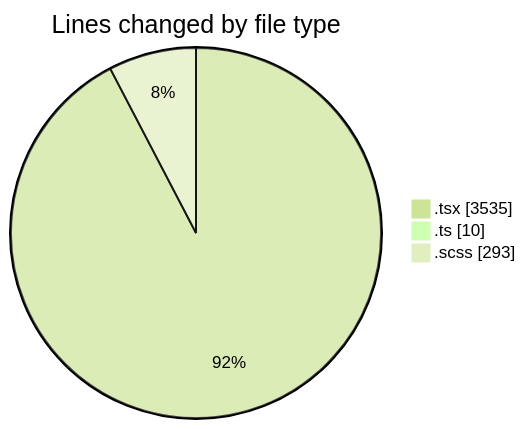
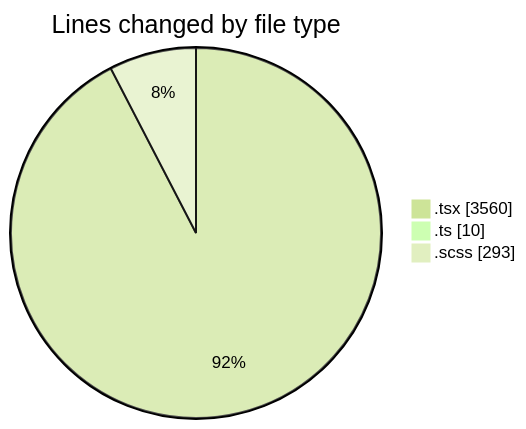
Before and after one commit to momahboobian/code-tracking: the first of 2 diagrams in 2025-11-17/cda/README.md, drawn with Mermaid (forest theme). The commit also changed other lines of this file and 1 other file, not shown here.

````diff
--- a/2025-11-17/cda/README.md
+++ b/2025-11-17/cda/README.md
@@ -27,7 +27,7 @@
 ```mermaid
 pie showData
 title Lines changed by file type
-".tsx" : 3535
+".tsx" : 3560
 ".ts" : 10
 ".scss" : 293
 ```
````
